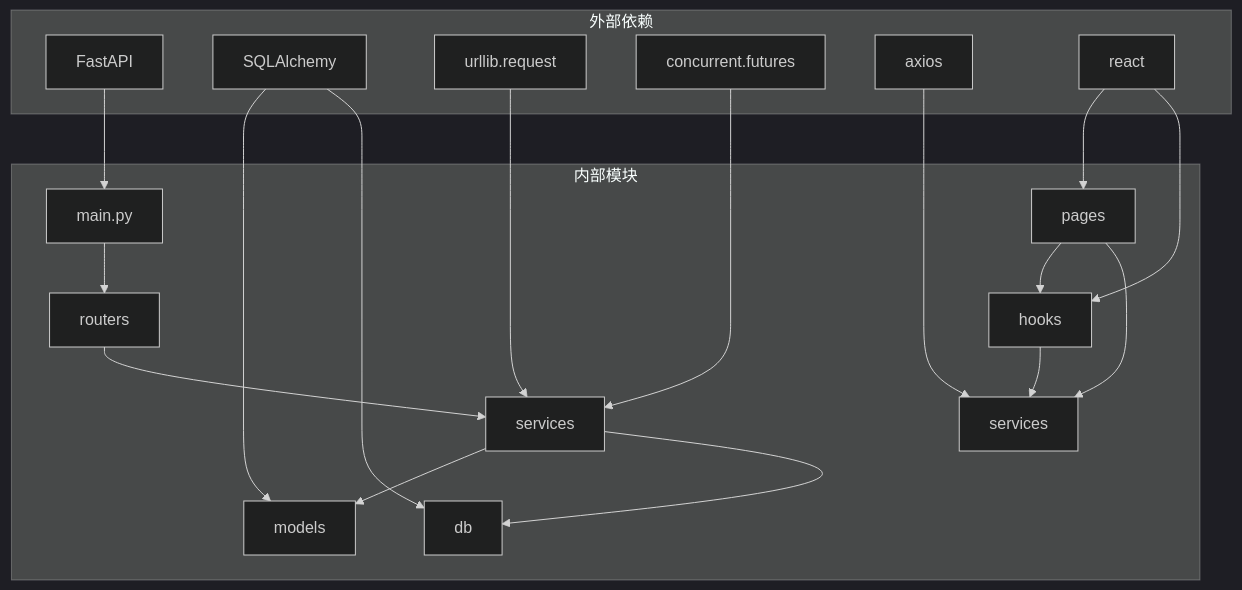
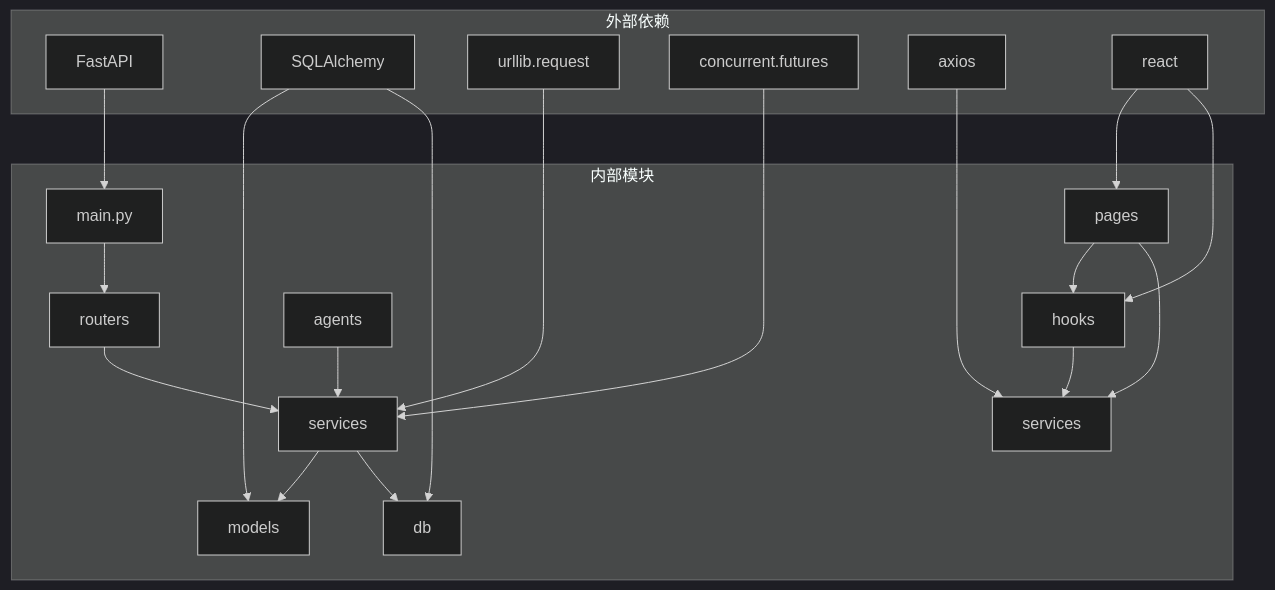
Diagram 11 of 12 in .qoder/repowiki/zh/content/数据源服务增强.md (Moruime/stock_foker), drawn with Mermaid (dark theme) before and after one commit. The commit also changed other lines of this file and 22 other files, not shown here.

````diff
--- a/.qoder/repowiki/zh/content/数据源服务增强.md
+++ b/.qoder/repowiki/zh/content/数据源服务增强.md
@@ -337,36 +611,38 @@
 ```mermaid
 graph TB
 subgraph "外部依赖"
 A[FastAPI]
 B[SQLAlchemy]
 C[urllib.request]
 D[concurrent.futures]
 E[axios]
 F[react]
 end
 subgraph "内部模块"
 G[main.py]
 H[routers]
 I[services]
 J[models]
 K[db]
 L[pages]
 M[hooks]
 N[services]
+O[agents]
 end
 A --> G
 B --> J
 B --> K
 C --> I
 D --> I
 E --> N
 F --> L
 F --> M
 G --> H
 H --> I
 I --> J
 I --> K
+O --> I
 L --> M
 L --> N
 M --> N
 ```
````
